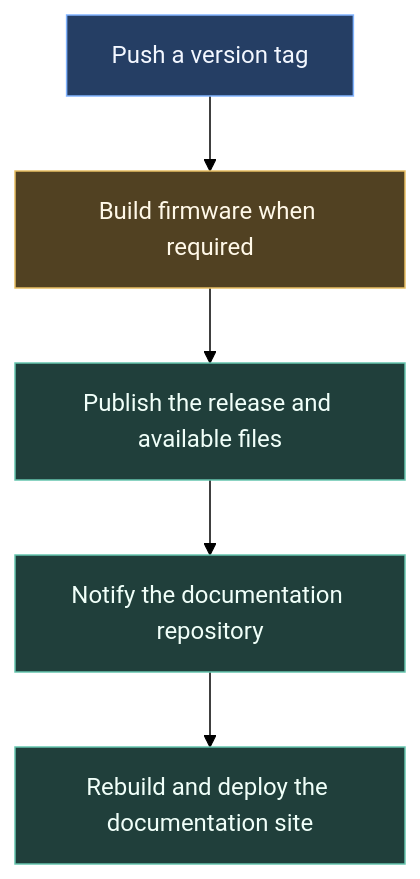
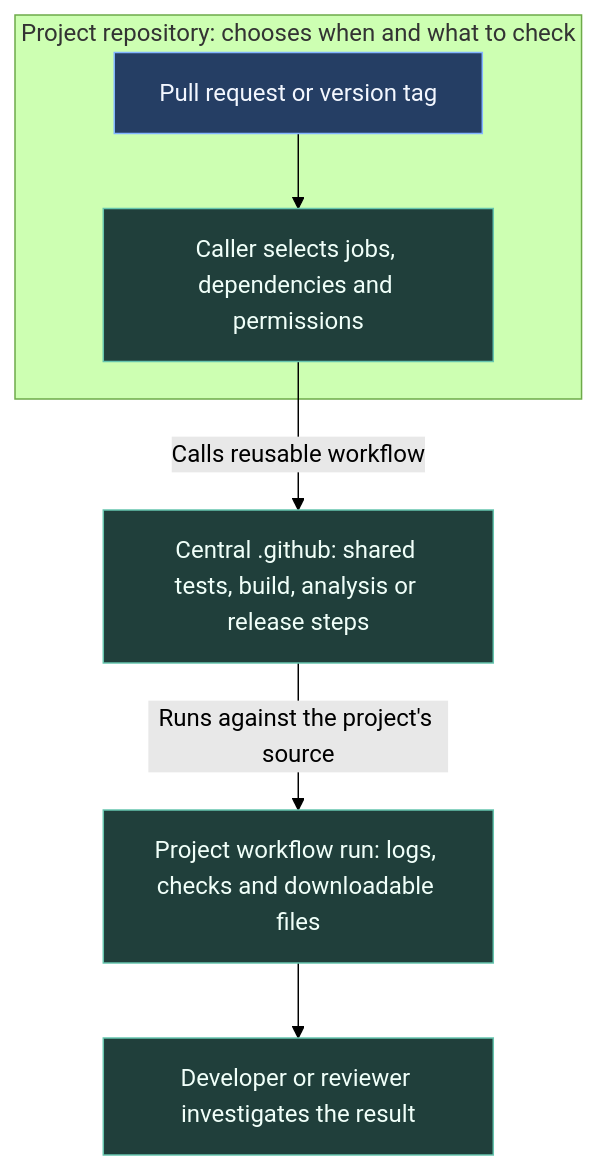
The second of 2 diagrams in docs/ci/README.md (ARTTU-Software/.github), drawn with Mermaid (forest theme) before and after one commit. The commit also changed other lines of this file and 13 other files, not shown here.

Commit message:
docs: explain each CI and deployment procedure with Mermaid

````diff
--- a/docs/ci/README.md
+++ b/docs/ci/README.md
@@ -147,15 +69,13 @@
 ```mermaid
 flowchart TB
-    TAG["Push a version tag"] --> BUILD["Build firmware when required"]
-    BUILD --> RELEASE["Publish the release and available files"]
-    RELEASE --> NOTIFY["Notify the documentation repository"]
-    NOTIFY --> DOCS["Rebuild and deploy the documentation site"]
-
-    classDef task fill:#253e64,stroke:#82b4ff,color:#f3f7ff
-    classDef process fill:#203f3b,stroke:#66c5ae,color:#f0fff9
-    classDef check fill:#514122,stroke:#e8bf63,color:#fff8e8
-    classDef failure fill:#512d3d,stroke:#ef91ac,color:#fff1f6
-    class TAG task
-    class BUILD check
-    class RELEASE,NOTIFY,DOCS process
+    subgraph PRODUCT["Project repository: chooses when and what to check"]
+      EVENT["Pull request or version tag"] --> CALLER["Caller selects jobs, dependencies and permissions"]
+    end
+    CALLER -->|Calls reusable workflow| CENTRAL["Central .github: shared tests, build, analysis or release steps"]
+    CENTRAL -->|Runs against the project's source| RESULT["Project workflow run: logs, checks and downloadable files"]
+    RESULT --> REVIEW["Developer or reviewer investigates the result"]
+    classDef event fill:#253e64,stroke:#82b4ff,color:#f3f7ff
+    classDef work fill:#203f3b,stroke:#66c5ae,color:#f0fff9
+    class EVENT event
+    class CALLER,CENTRAL,RESULT,REVIEW work
 ```
````
